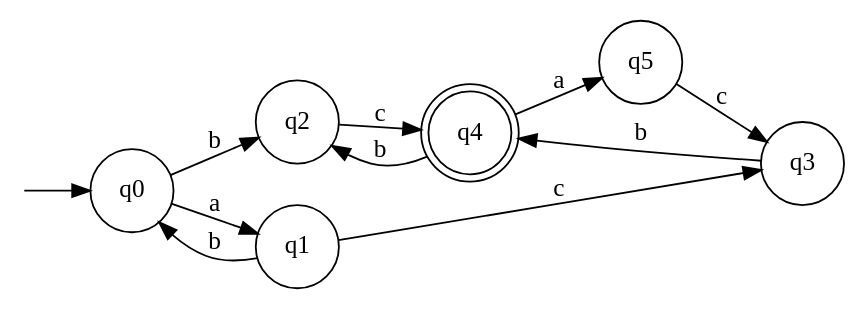
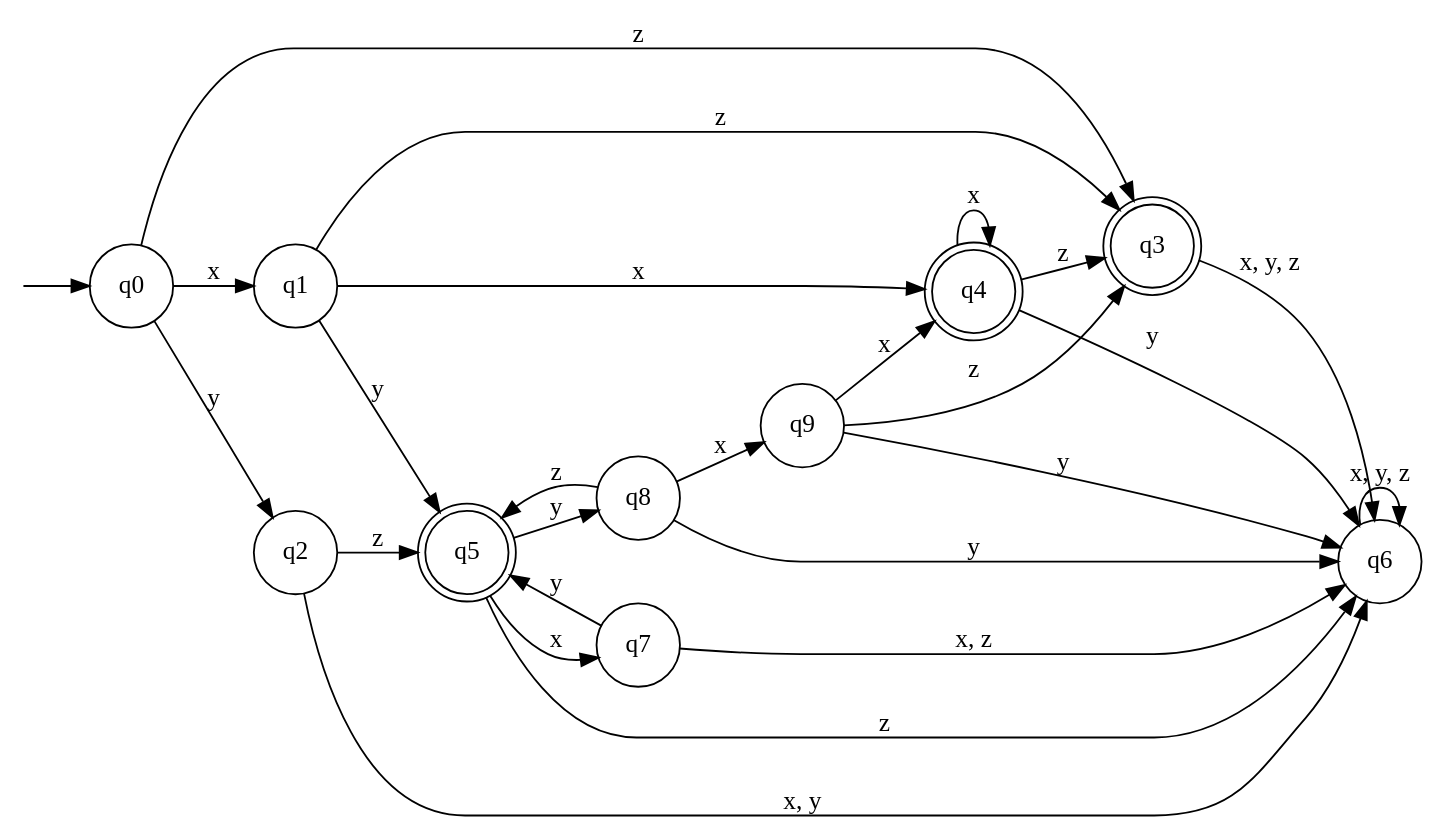
Before and after one commit to water-mizuu/finite_automata_conversion: the diagram in dfa_m.dot, drawn with Graphviz. The commit also changed 10 other files, not shown here.

```diff
--- a/dfa_m.dot
+++ b/dfa_m.dot
@@ -1,20 +1,39 @@
 digraph G {
   rankdir=LR;
   n__ [label="" shape=none width=.0];
   0 [shape=doublecircle label="q4"]
-  1 [shape=circle label="q3"]
-  2 [shape=circle label="q2"]
-  3 [shape=circle label="q0"]
-  4 [shape=circle label="q1"]
-  5 [shape=circle label="q5"]
-  n__ -> 3;
-  3 -> 4 [label="a"]
-  3 -> 2 [label="b"]
-  4 -> 3 [label="b"]
-  4 -> 1 [label="c"]
-  2 -> 0 [label="c"]
-  1 -> 0 [label="b"]
-  0 -> 5 [label="a"]
-  0 -> 2 [label="b"]
-  5 -> 1 [label="c"]
+  1 [shape=circle label="q1"]
+  2 [shape=circle label="q9"]
+  3 [shape=circle label="q7"]
+  4 [shape=circle label="q6"]
+  5 [shape=circle label="q0"]
+  6 [shape=circle label="q8"]
+  7 [shape=circle label="q2"]
+  8 [shape=doublecircle label="q5"]
+  9 [shape=doublecircle label="q3"]
+  n__ -> 5;
+  5 -> 1 [label="x"]
+  5 -> 7 [label="y"]
+  5 -> 9 [label="z"]
+  1 -> 0 [label="x"]
+  1 -> 8 [label="y"]
+  1 -> 9 [label="z"]
+  7 -> 4 [label="x, y"]
+  7 -> 8 [label="z"]
+  9 -> 4 [label="x, y, z"]
+  0 -> 0 [label="x"]
+  0 -> 4 [label="y"]
+  0 -> 9 [label="z"]
+  8 -> 3 [label="x"]
+  8 -> 6 [label="y"]
+  8 -> 4 [label="z"]
+  4 -> 4 [label="x, y, z"]
+  3 -> 4 [label="x, z"]
+  3 -> 8 [label="y"]
+  6 -> 2 [label="x"]
+  6 -> 4 [label="y"]
+  6 -> 8 [label="z"]
+  2 -> 0 [label="x"]
+  2 -> 4 [label="y"]
+  2 -> 9 [label="z"]
 }
```
